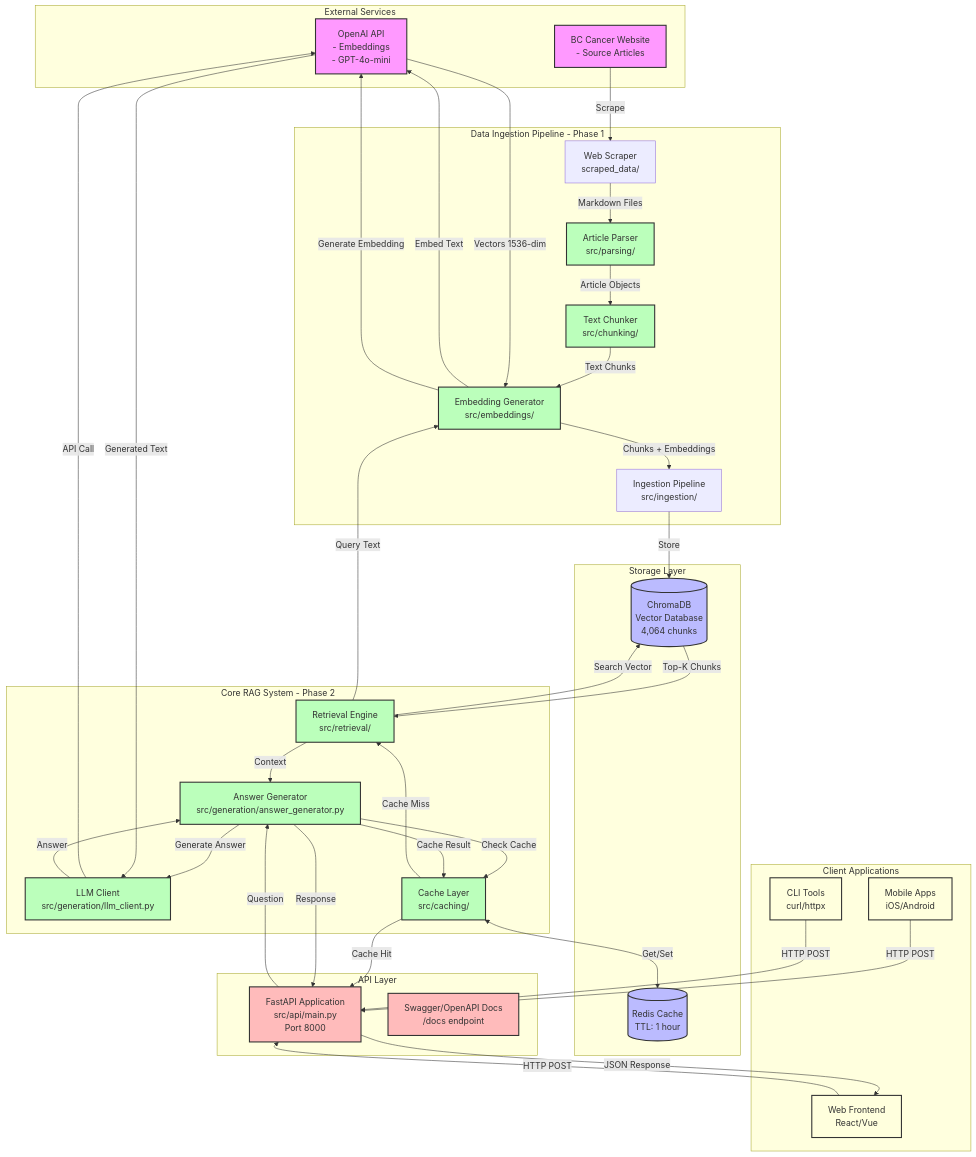
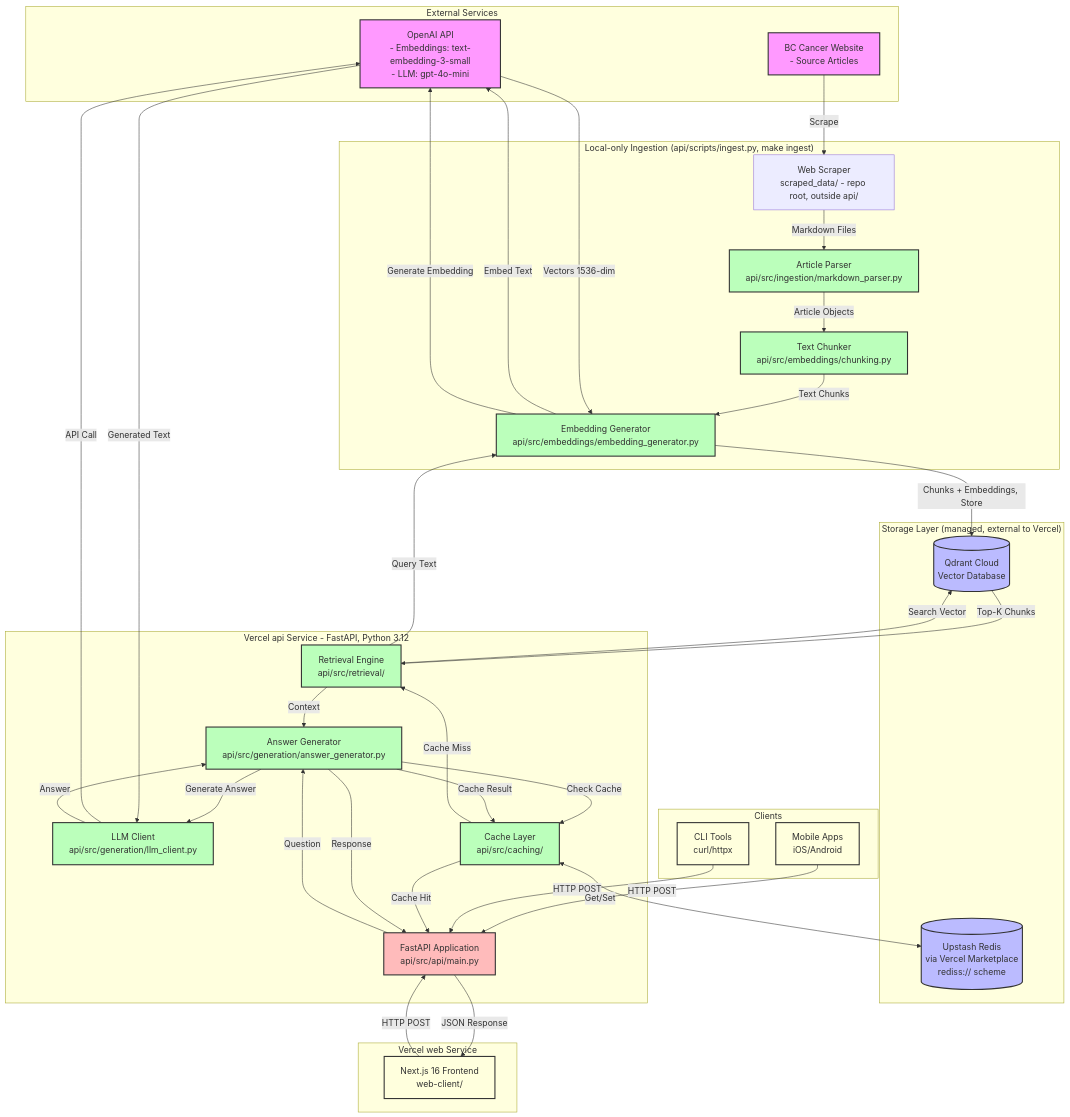
The first of 6 diagrams in docs/ARCHITECTURE.md (kamlau024/Care-Beacon), drawn with Mermaid before and after one commit. The commit also changed other lines of this file and 13 other files, not shown here.

First line of the commit message:
docs: bring documentation in line with the Vercel/Qdrant migration

````diff
--- a/docs/ARCHITECTURE.md
+++ b/docs/ARCHITECTURE.md
@@ -9,50 +11,47 @@
 ```mermaid
 graph TB
     subgraph "External Services"
-        OPENAI[OpenAI API<br/>- Embeddings<br/>- GPT-4o-mini]
+        OPENAI[OpenAI API<br/>- Embeddings: text-embedding-3-small<br/>- LLM: gpt-4o-mini]
         BCCANCER[BC Cancer Website<br/>- Source Articles]
     end
 
-    subgraph "Data Ingestion Pipeline - Phase 1"
-        SCRAPER[Web Scraper<br/>scraped_data/]
-        PARSER[Article Parser<br/>src/parsing/]
-        CHUNKER[Text Chunker<br/>src/chunking/]
-        EMBEDGEN[Embedding Generator<br/>src/embeddings/]
-        INGEST[Ingestion Pipeline<br/>src/ingestion/]
+    subgraph "Local-only Ingestion (api/scripts/ingest.py, make ingest)"
+        SCRAPER[Web Scraper<br/>scraped_data/ - repo root, outside api/]
+        PARSER[Article Parser<br/>api/src/ingestion/markdown_parser.py]
+        CHUNKER[Text Chunker<br/>api/src/embeddings/chunking.py]
+        EMBEDGEN[Embedding Generator<br/>api/src/embeddings/embedding_generator.py]
     end
 
-    subgraph "Storage Layer"
-        VECTORDB[(ChromaDB<br/>Vector Database<br/>4,064 chunks)]
-        REDIS[(Redis Cache<br/>TTL: 1 hour)]
+    subgraph "Storage Layer (managed, external to Vercel)"
+        VECTORDB[(Qdrant Cloud<br/>Vector Database)]
+        REDIS[(Upstash Redis<br/>via Vercel Marketplace<br/>rediss:// scheme)]
     end
 
-    subgraph "Core RAG System - Phase 2"
-        RETRIEVAL[Retrieval Engine<br/>src/retrieval/]
-        LLMCLIENT[LLM Client<br/>src/generation/llm_client.py]
-        ANSWGEN[Answer Generator<br/>src/generation/answer_generator.py]
-        CACHE[Cache Layer<br/>src/caching/]
+    subgraph "Vercel api Service - FastAPI, Python 3.12"
+        RETRIEVAL[Retrieval Engine<br/>api/src/retrieval/]
+        LLMCLIENT[LLM Client<br/>api/src/generation/llm_client.py]
+        ANSWGEN[Answer Generator<br/>api/src/generation/answer_generator.py]
+        CACHE[Cache Layer<br/>api/src/caching/]
+        FASTAPI[FastAPI Application<br/>api/src/api/main.py]
     end
 
-    subgraph "API Layer"
-        FASTAPI[FastAPI Application<br/>src/api/main.py<br/>Port 8000]
-        SWAGGER[Swagger/OpenAPI Docs<br/>/docs endpoint]
+    subgraph "Vercel web Service"
+        WEB[Next.js 16 Frontend<br/>web-client/]
     end
 
-    subgraph "Client Applications"
-        WEB[Web Frontend<br/>React/Vue]
+    subgraph "Clients"
         MOBILE[Mobile Apps<br/>iOS/Android]
         CLI[CLI Tools<br/>curl/httpx]
     end
 
-    %% Data Ingestion Flow
+    %% Local Ingestion Flow (make ingest, run by hand, never on Vercel)
     BCCANCER -->|Scrape| SCRAPER
     SCRAPER -->|Markdown Files| PARSER
     PARSER -->|Article Objects| CHUNKER
     CHUNKER -->|Text Chunks| EMBEDGEN
     EMBEDGEN -->|Embed Text| OPENAI
     OPENAI -->|Vectors 1536-dim| EMBEDGEN
-    EMBEDGEN -->|Chunks + Embeddings| INGEST
-    INGEST -->|Store| VECTORDB
+    EMBEDGEN -->|Chunks + Embeddings, Store| VECTORDB
 
     %% Query Flow
     WEB -->|HTTP POST| FASTAPI
@@ -89,6 +88,6 @@
     class OPENAI,BCCANCER external
     class VECTORDB,REDIS storage
     class PARSER,CHUNKER,EMBEDGEN,RETRIEVAL,LLMCLIENT,ANSWGEN,CACHE processing
-    class FASTAPI,SWAGGER api
+    class FASTAPI api
     class WEB,MOBILE,CLI client
 ```
````
